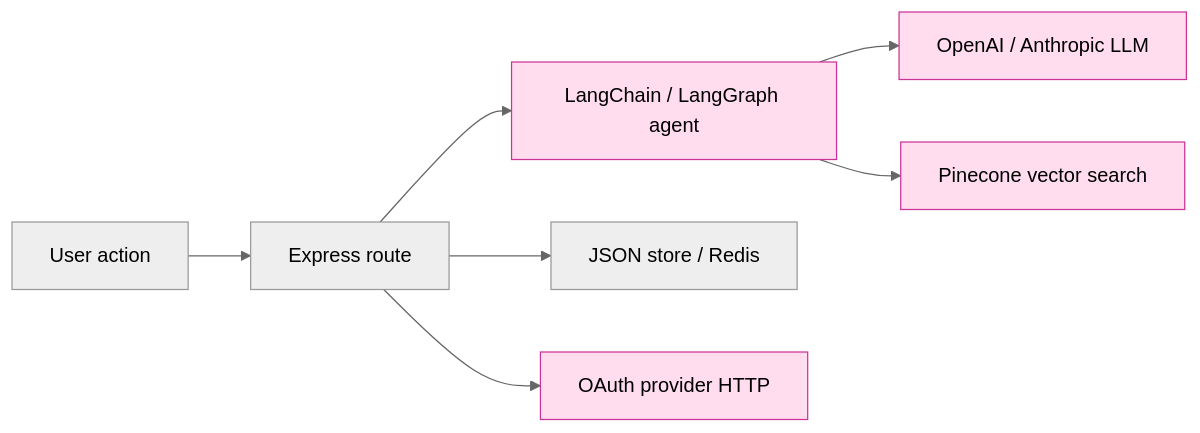
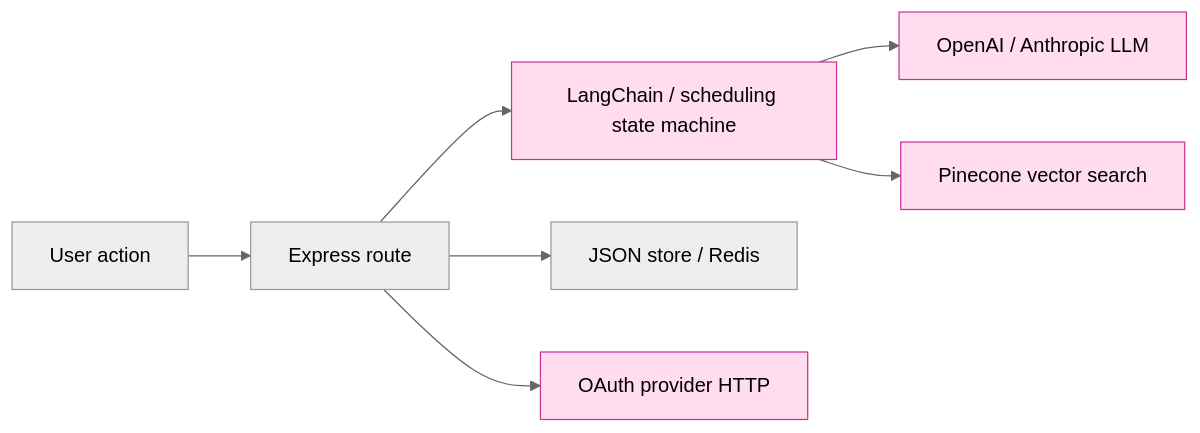
The first of 3 diagrams in docs/features/observability/feature-opentelemetry-integration.md (jbaker7989/RecruitingApp), drawn with Mermaid (neutral theme) before and after one commit. The commit also changed other lines of this file and 62 other files, not shown here.

````diff
--- a/docs/features/observability/feature-opentelemetry-integration.md
+++ b/docs/features/observability/feature-opentelemetry-integration.md
@@ -142,13 +151,13 @@
 ```mermaid
 flowchart LR
     U[User action] --> R[Express route]
-    R --> A[LangChain / LangGraph agent]
+    R --> A[LangChain / scheduling state machine]
     A --> L[OpenAI / Anthropic LLM]
     A --> P[Pinecone vector search]
     R --> D[JSON store / Redis]
     R --> O[OAuth provider HTTP]
     style A fill:#fde,stroke:#c39
     style L fill:#fde,stroke:#c39
     style P fill:#fde,stroke:#c39
     style O fill:#fde,stroke:#c39
 ```
````
